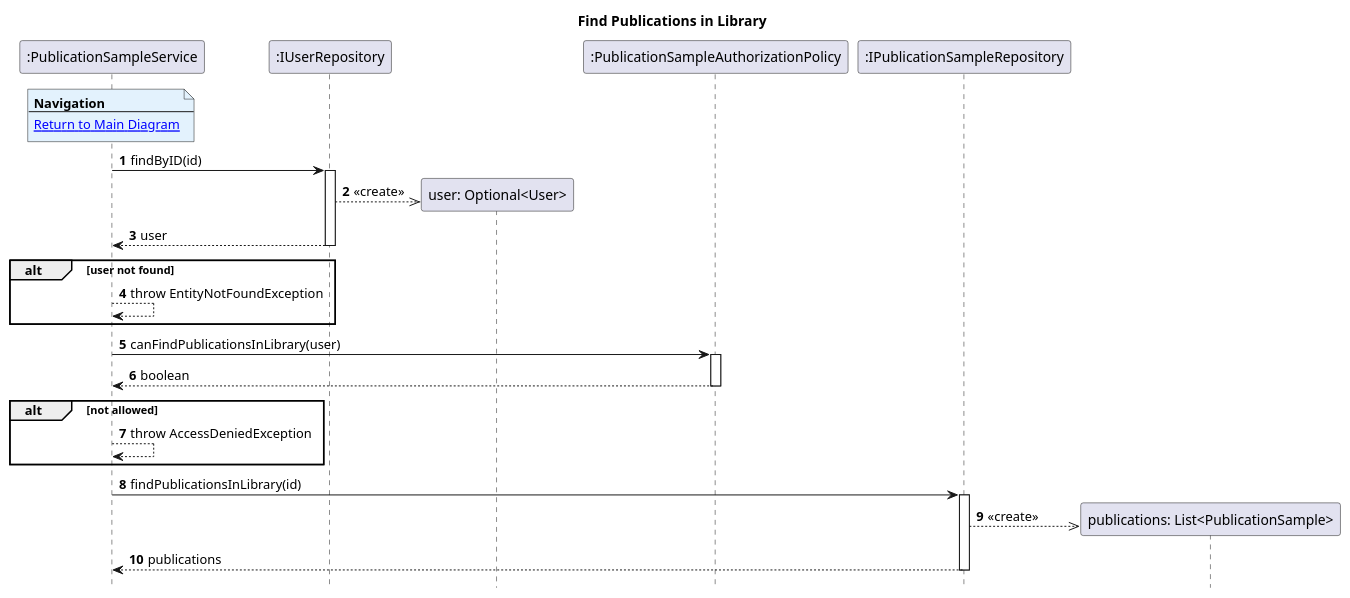
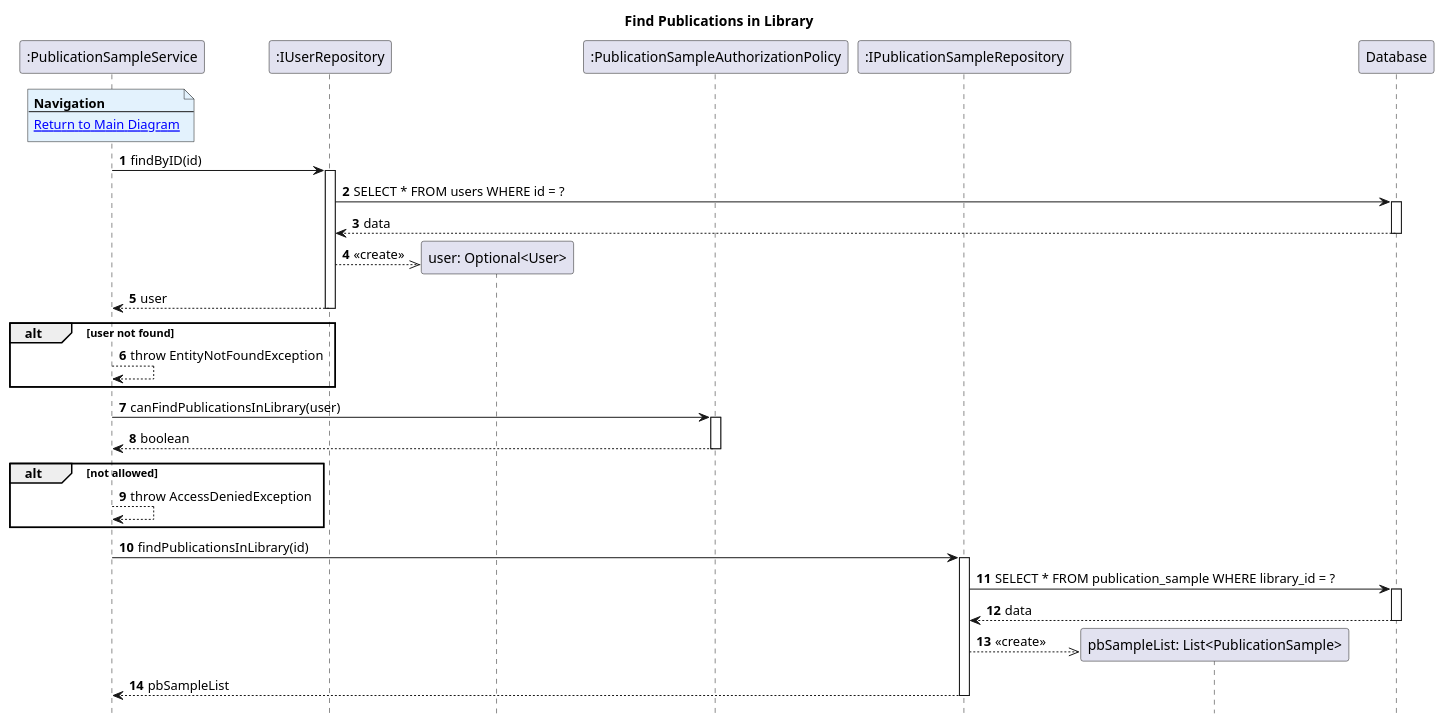
The diagram in Diagrams/SequenceDiagrams/N2/To-Get-List-Of-Publications-In-My-Library/REST/2_FindPublicationsInLibrary.puml (AndrePereiraGitH/SWitCH-Project-Team_A), drawn with PlantUML before and after one commit. The commit also changed 3 other files, not shown here.

Commit message:
docs #953: align REST sequence diagrams with OPTIONS endpoints and current controller code

```diff
--- a/Diagrams/SequenceDiagrams/N2/To-Get-List-Of-Publications-In-My-Library/REST/2_FindPublicationsInLibrary.puml
+++ b/Diagrams/SequenceDiagrams/N2/To-Get-List-Of-Publications-In-My-Library/REST/2_FindPublicationsInLibrary.puml
@@ -1,44 +1,53 @@
 @startuml
 autonumber
 hide footbox
 title Find Publications in Library
 
 participant ":PublicationSampleService" as Service
 participant ":IUserRepository" as UserRepo
 participant "user: Optional<User>" as user
 participant ":PublicationSampleAuthorizationPolicy" as Policy
 participant ":IPublicationSampleRepository" as PubRepo
-participant "publications: List<PublicationSample>" as publications
+participant "pbSampleList: List<PublicationSample>" as pbSampleList
+participant "Database" as db
 
 note over Service #E3F2FD
 <b>Navigation</b>
 ---
 [[1_MainDiagram.puml Return to Main Diagram]]
 end note
 
 Service -> UserRepo : findByID(id)
 activate UserRepo
+UserRepo -> db : SELECT * FROM users WHERE id = ?
+activate db
+db --> UserRepo : data
+deactivate db
 UserRepo -->> user ** : <<create>>
 UserRepo --> Service : user
 deactivate UserRepo
 
 alt user not found
     Service --> Service : throw EntityNotFoundException
 end
 
 Service -> Policy : canFindPublicationsInLibrary(user)
 activate Policy
 Policy --> Service : boolean
 deactivate Policy
 
 alt not allowed
     Service --> Service : throw AccessDeniedException
 end
 
 Service -> PubRepo : findPublicationsInLibrary(id)
 activate PubRepo
-PubRepo -->> publications ** : <<create>>
-PubRepo --> Service : publications
+PubRepo -> db : SELECT * FROM publication_sample WHERE library_id = ?
+activate db
+db --> PubRepo : data
+deactivate db
+PubRepo -->> pbSampleList ** : <<create>>
+PubRepo --> Service : pbSampleList
 deactivate PubRepo
 
 @enduml
```
